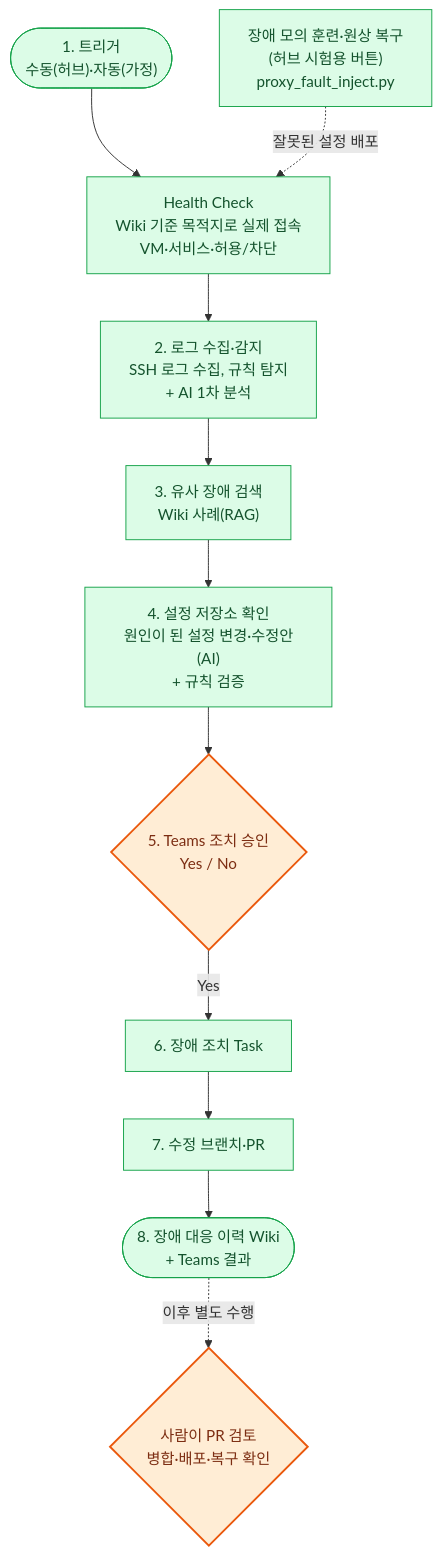
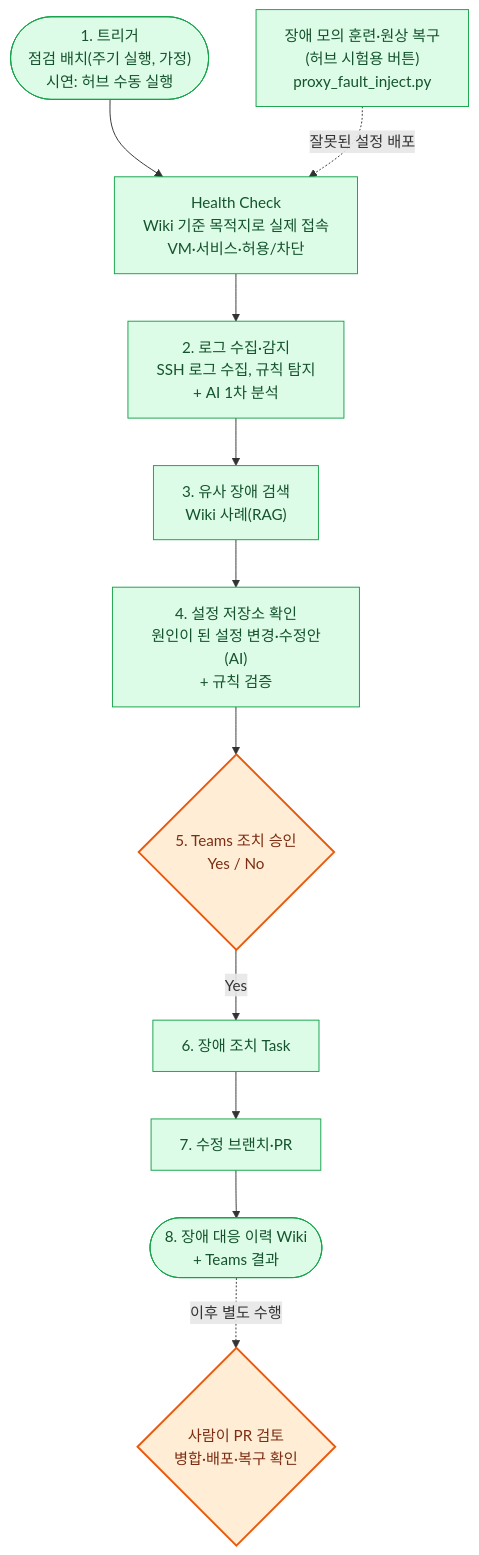
One commit to pcmola/ai-master changed the third of 10 diagrams in README.md. Above: the diagram before and after it, drawn with Mermaid. The commit also changed other lines of this file and 5 other files, not shown here.

````diff
--- a/README.md
+++ b/README.md
@@ -318,18 +322,18 @@
 ```mermaid
 flowchart TD
-    t(["1. 트리거<br/>수동(허브)·자동(가정)"]) --> hc["Health Check<br/>Wiki 기준 목적지로 실제 접속<br/>VM·서비스·허용/차단"]
+    t(["1. 트리거<br/>점검 배치(주기 실행, 가정)<br/>시연: 허브 수동 실행"]) --> hc["Health Check<br/>Wiki 기준 목적지로 실제 접속<br/>VM·서비스·허용/차단"]
     hc --> d["2. 로그 수집·감지<br/>SSH 로그 수집, 규칙 탐지<br/>+ AI 1차 분석"]
     d --> sim["3. 유사 장애 검색<br/>Wiki 사례(RAG)"]
     sim --> src["4. 설정 저장소 확인<br/>원인이 된 설정 변경·수정안(AI)<br/>+ 규칙 검증"]
     src --> ap{"5. Teams 조치 승인<br/>Yes / No"}
     ap -- "Yes" --> task["6. 장애 조치 Task"]
     task --> pr["7. 수정 브랜치·PR"]
     pr --> hist(["8. 장애 대응 이력 Wiki<br/>+ Teams 결과"])
     hist -. "이후 별도 수행" .-> review{"사람이 PR 검토<br/>병합·배포·복구 확인"}
     inj["장애 모의 훈련·원상 복구<br/>(허브 시험용 버튼)<br/>proxy_fault_inject.py"] -. "잘못된 설정 배포" .-> hc
 
     classDef done fill:#DCFCE7,stroke:#16A34A,color:#14532D
     classDef user fill:#FFEDD5,stroke:#EA580C,stroke-width:2px,color:#7C2D12
     class t,hc,d,sim,src,inj,task,pr,hist done
     class ap,review user
 ```
````
